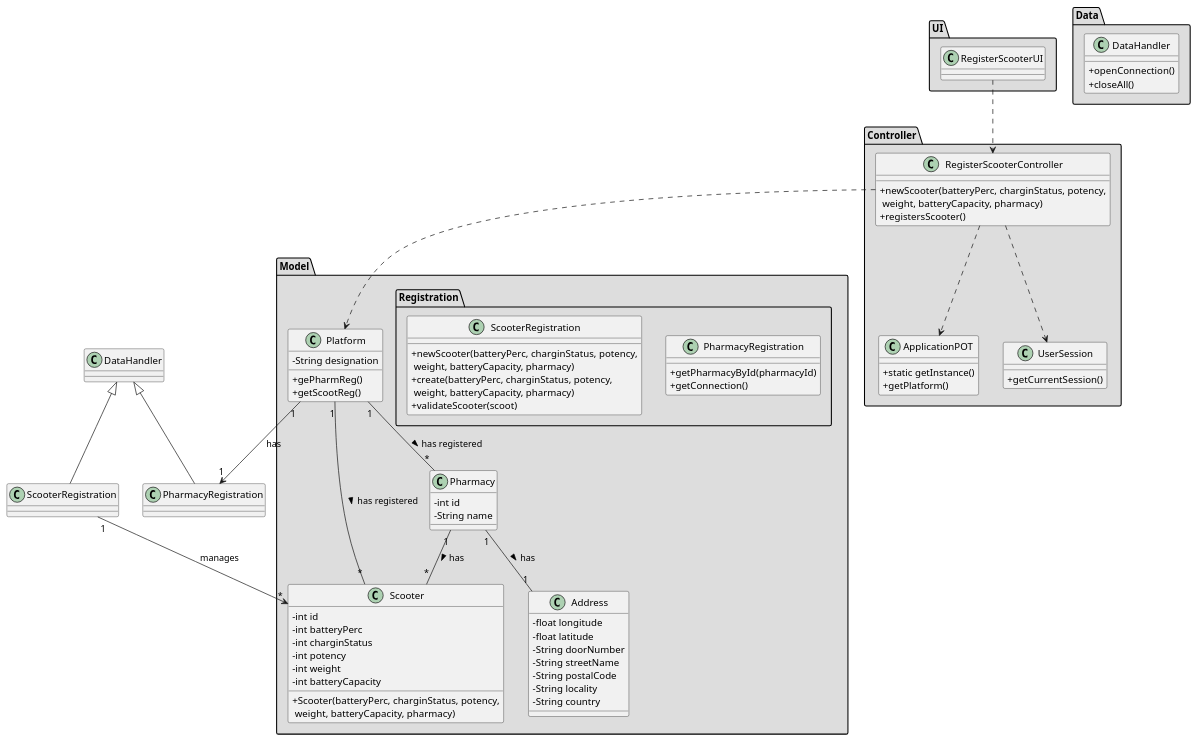
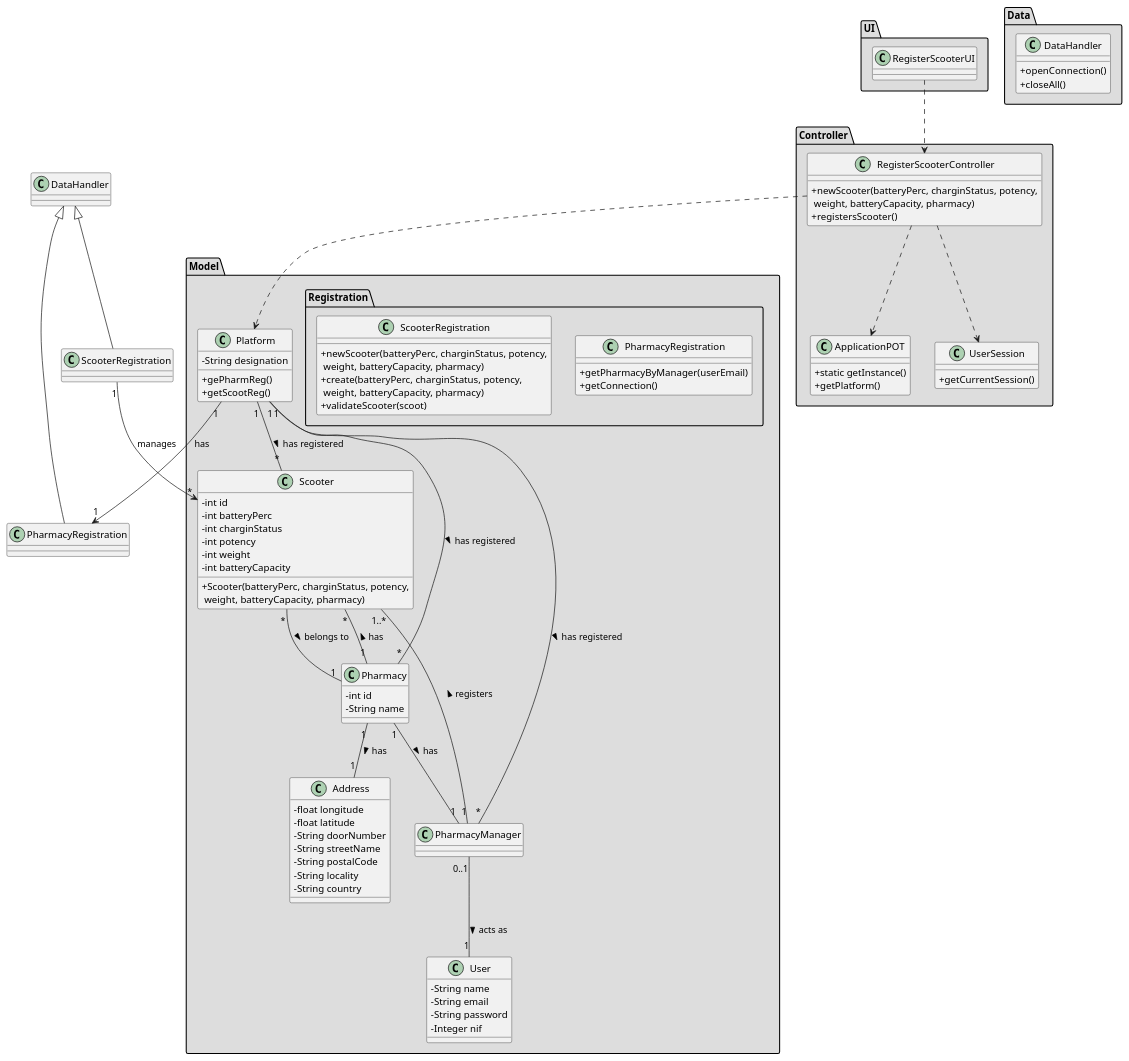
Before and after one commit to tiagoavcosta25/LAPR3: the diagram in docs/Iteration 1/Scooter Management/US21_RegisterScooter/US21_CD.puml, drawn with PlantUML. The commit also changed 7 other files, not shown here.

```diff
--- a/docs/Iteration 1/Scooter Management/US21_RegisterScooter/US21_CD.puml
+++ b/docs/Iteration 1/Scooter Management/US21_RegisterScooter/US21_CD.puml
@@ -1,102 +1,117 @@
 @startuml
 skinparam classAttributeIconSize 0
 
 package "UI" #DDDDDD {
 class RegisterScooterUI{
 
 }
 }
 
 
 package "Controller" #DDDDDD {
 class RegisterScooterController{
 +newScooter(batteryPerc, charginStatus, potency,\n weight, batteryCapacity, pharmacy)
 +registersScooter()
 }
 
 class ApplicationPOT
 {
   +static getInstance()
   +getPlatform()
 }
 
 class UserSession
 {
   +getCurrentSession()
 }
 }
 
 
 package "Model" #DDDDDD {
 class Platform {
   -String designation
   +gePharmReg()
   +getScootReg()
 }
 package "Registration" #DDDDDD {
  class PharmacyRegistration{
-     +getPharmacyById(pharmacyId)
+     +getPharmacyByManager(userEmail)
      +getConnection()
  }
 
  class ScooterRegistration{
       +newScooter(batteryPerc, charginStatus, potency,\n weight, batteryCapacity, pharmacy)
       +create(batteryPerc, charginStatus, potency,\n weight, batteryCapacity, pharmacy)
       +validateScooter(scoot)
   }
  }
 }
 
 package "Model" #DDDDDD {
 class Scooter{
   -int id
   -int batteryPerc
   -int charginStatus
   -int potency
   -int weight
   -int batteryCapacity
   +Scooter(batteryPerc, charginStatus, potency,\n weight, batteryCapacity, pharmacy)
 }
 
 class Address{
   -float longitude
   -float latitude
   -String doorNumber
   -String streetName
   -String postalCode
   -String locality
   -String country
 }
 
 class Pharmacy {
   -int id
   -String name
 }
 
+class User{
+-   String name
+-   String email
+-   String password
+-   Integer nif
+}
+
+class PharmacyManager {
+}
+
 }
 
 
 package "Data" #DDDDDD {
 class DataHandler{
     +openConnection()
     +closeAll()
 }
 }
 
 class PharmacyRegistration extends DataHandler
 class ScooterRegistration extends DataHandler
 
 RegisterScooterUI ..> RegisterScooterController
 RegisterScooterController ..> Platform
 RegisterScooterController ..> ApplicationPOT
 RegisterScooterController ..> UserSession
 Platform "1" --> "1" PharmacyRegistration : has
 ScooterRegistration "1" --> "*" Scooter : manages
 
 Platform "1" -- "*" Pharmacy : has registered >
 Platform "1" -- "*" Scooter : has registered >
+Platform "1" -- "*" PharmacyManager : has registered >
 
+PharmacyManager "0..1" -- "1" User: acts as >
+PharmacyManager "1" -- "1..*" Scooter : registers >
+Pharmacy "1" -- "1" PharmacyManager : has >
 Pharmacy "1" -- "*" Scooter : has >
 Pharmacy "1" -- "1" Address : has >
+Scooter "*" -- "1" Pharmacy : belongs to >
 
 @enduml
```
